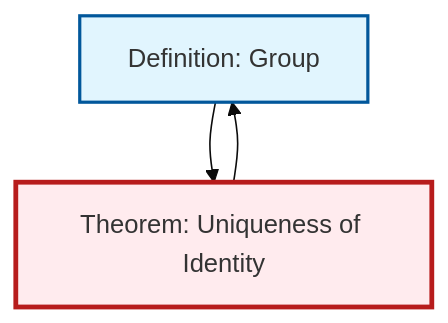
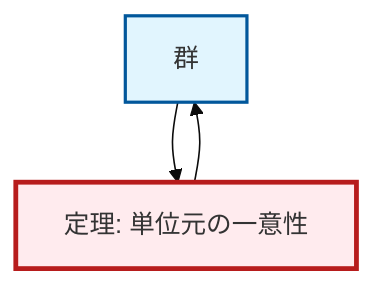
The diagram in content/ja/algebra/thm-unique-identity.qmd (RK0429/ModernMath), drawn with Mermaid (base theme) before and after one commit. The commit also changed 1069 other files, not shown here.

````diff
--- a/content/ja/algebra/thm-unique-identity.qmd
+++ b/content/ja/algebra/thm-unique-identity.qmd
@@ -55,15 +55,15 @@
 ```{mermaid}
 %%| fig-cap: "Local dependency graph"
 graph TD
     classDef definition fill:#e1f5fe,stroke:#01579b,stroke-width:2px
     classDef theorem fill:#f3e5f5,stroke:#4a148c,stroke-width:2px
     classDef axiom fill:#fff3e0,stroke:#e65100,stroke-width:2px
     classDef example fill:#e8f5e9,stroke:#1b5e20,stroke-width:2px
     classDef current fill:#ffebee,stroke:#b71c1c,stroke-width:3px
-    def-group["Definition: Group"]:::definition
-    thm-unique-identity["Theorem: Uniqueness of Identity"]:::theorem
+    def-group["群"]:::definition
+    thm-unique-identity["定理: 単位元の一意性"]:::theorem
+    def-group --> thm-unique-identity
     thm-unique-identity --> def-group
-    def-group --> thm-unique-identity
     class thm-unique-identity current
-    click def-group "def-group.html" "Definition: Groupへ"
+    click def-group "def-group.html" "群へ"
 ```
````
